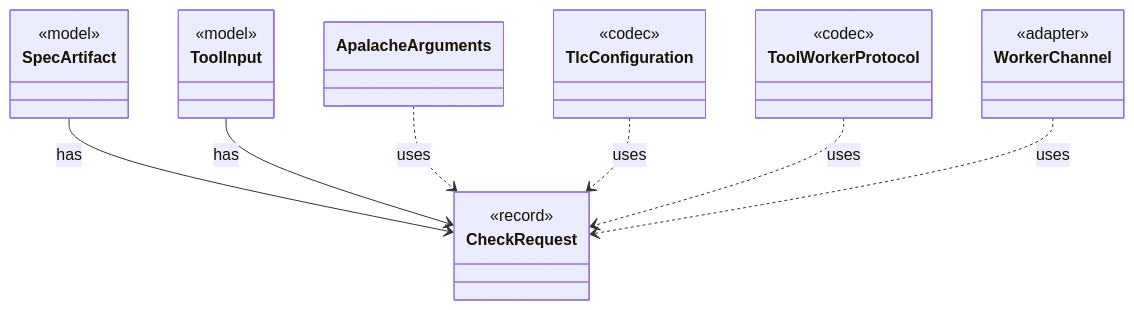
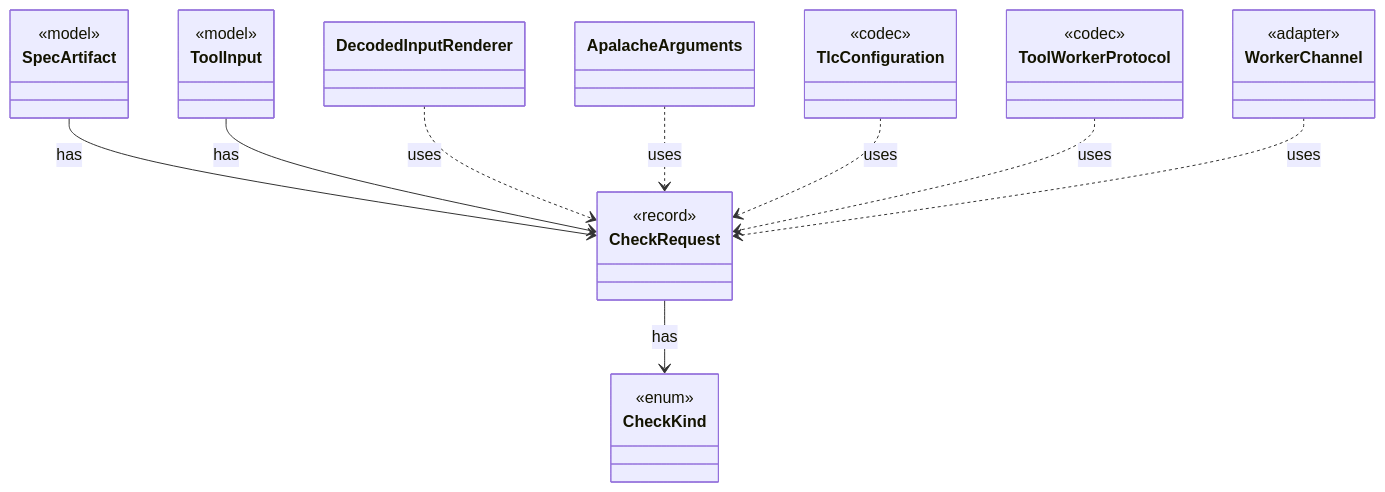
One commit to tlaplus/model-checker-hardening changed the diagram in dev/types/io.github.tlaplus.hardening.workflow.worker.CheckRequest.md. Above: the diagram before and after it, drawn with Mermaid. The commit also changed other lines of this file and 408 other files, not shown here.

````diff
--- a/dev/types/io.github.tlaplus.hardening.workflow.worker.CheckRequest.md
+++ b/dev/types/io.github.tlaplus.hardening.workflow.worker.CheckRequest.md
@@ -9,28 +9,34 @@
 ```mermaid
 classDiagram
   class CheckRequest {
     <<record>>
+  }
+  class CheckKind {
+    <<enum>>
   }
   class SpecArtifact {
     <<model>>
   }
   class ToolInput {
     <<model>>
   }
+  class DecodedInputRenderer
   class ApalacheArguments
   class TlcConfiguration {
     <<codec>>
   }
   class ToolWorkerProtocol {
     <<codec>>
   }
   class WorkerChannel {
     <<adapter>>
   }
+  CheckRequest --> CheckKind : has
   SpecArtifact --> CheckRequest : has
   ToolInput --> CheckRequest : has
+  DecodedInputRenderer ..> CheckRequest : uses
   ApalacheArguments ..> CheckRequest : uses
   TlcConfiguration ..> CheckRequest : uses
   ToolWorkerProtocol ..> CheckRequest : uses
   WorkerChannel ..> CheckRequest : uses
 ```
````
